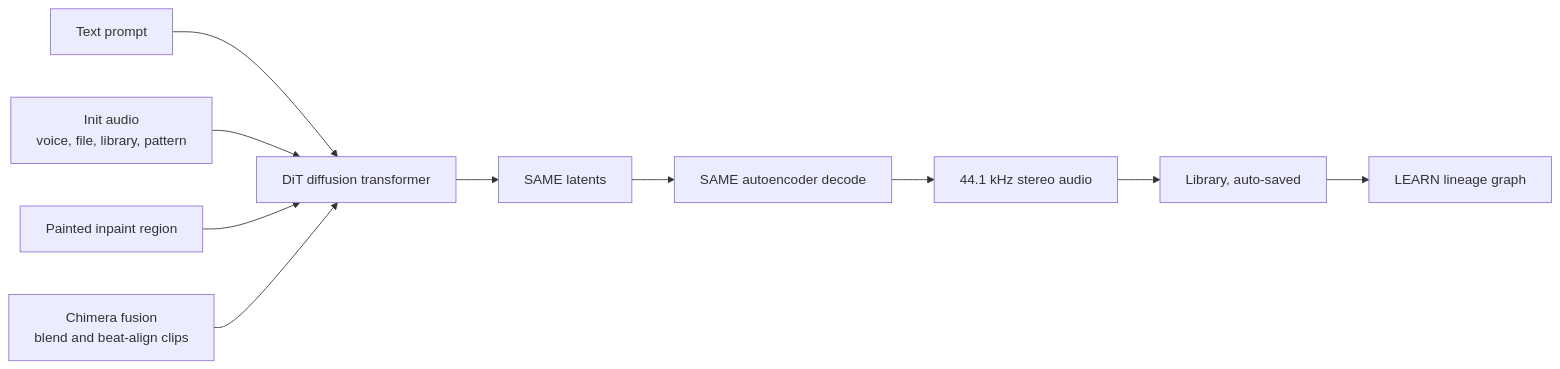
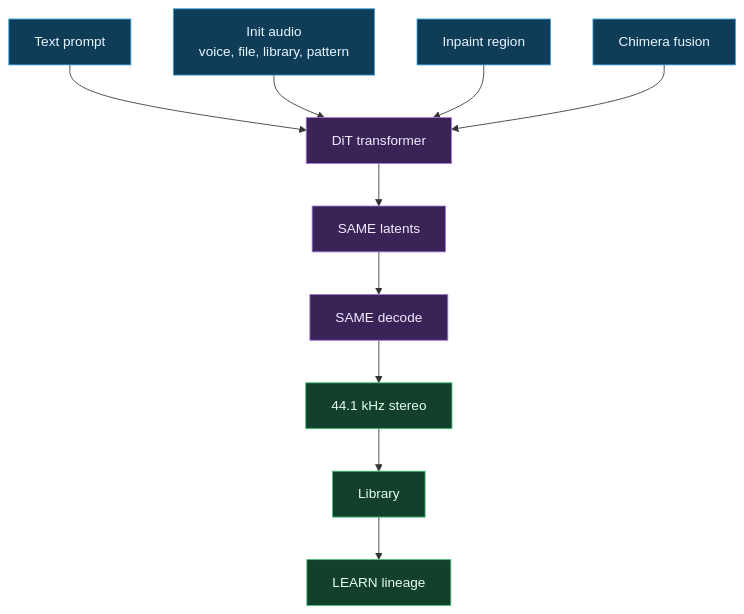
The second of 3 diagrams in README.md (danieljtrujillo/theDAW), drawn with Mermaid before and after one commit. The commit also changed other lines of this file and 18 other files, not shown here.

Commit message:
docs: TD colored charts, master dataflow page + wiki nav, single-word section names, resolve readme/docs audit (25 gaps)

````diff
--- a/README.md
+++ b/README.md
@@ -107,12 +107,19 @@
 ```mermaid
-flowchart LR
-  P["Text prompt"] --> GEN
-  INIT["Init audio<br/>voice, file, library, pattern"] --> GEN
-  MASK["Painted inpaint region"] --> GEN
-  CHI["Chimera fusion<br/>blend and beat-align clips"] --> GEN
-  GEN["DiT diffusion transformer"] --> LAT["SAME latents"]
-  LAT --> DEC["SAME autoencoder decode"]
-  DEC --> WAV["44.1 kHz stereo audio"]
-  WAV --> LIB["Library, auto-saved"]
-  LIB --> LRN["LEARN lineage graph"]
+flowchart TD
+  P["Text prompt"]:::in
+  INIT["Init audio<br/>voice, file, library, pattern"]:::in
+  MASK["Inpaint region"]:::in
+  CHI["Chimera fusion"]:::in
+  P --> GEN
+  INIT --> GEN
+  MASK --> GEN
+  CHI --> GEN
+  GEN["DiT transformer"]:::eng --> LAT["SAME latents"]:::eng
+  LAT --> DEC["SAME decode"]:::eng
+  DEC --> WAV["44.1 kHz stereo"]:::out
+  WAV --> LIB["Library"]:::out
+  LIB --> LRN["LEARN lineage"]:::out
+  classDef in fill:#0f3d57,stroke:#3aa0db,color:#eaf6ff;
+  classDef eng fill:#3a2356,stroke:#a877e0,color:#f3ecff;
+  classDef out fill:#13402a,stroke:#46c47a,color:#e7ffee;
 ```
````
